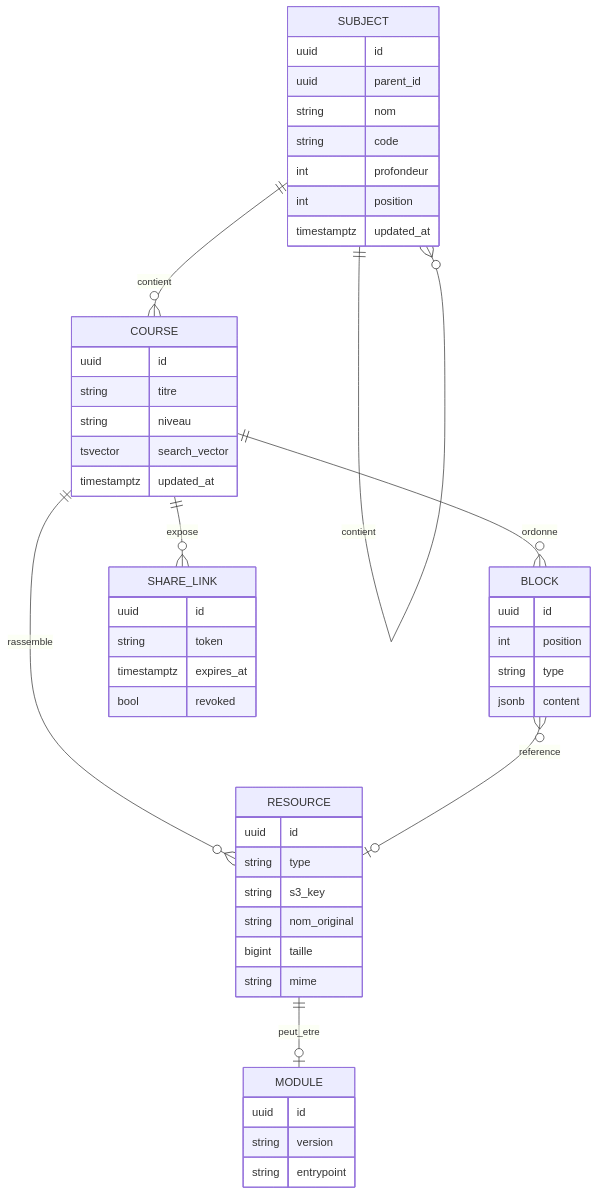
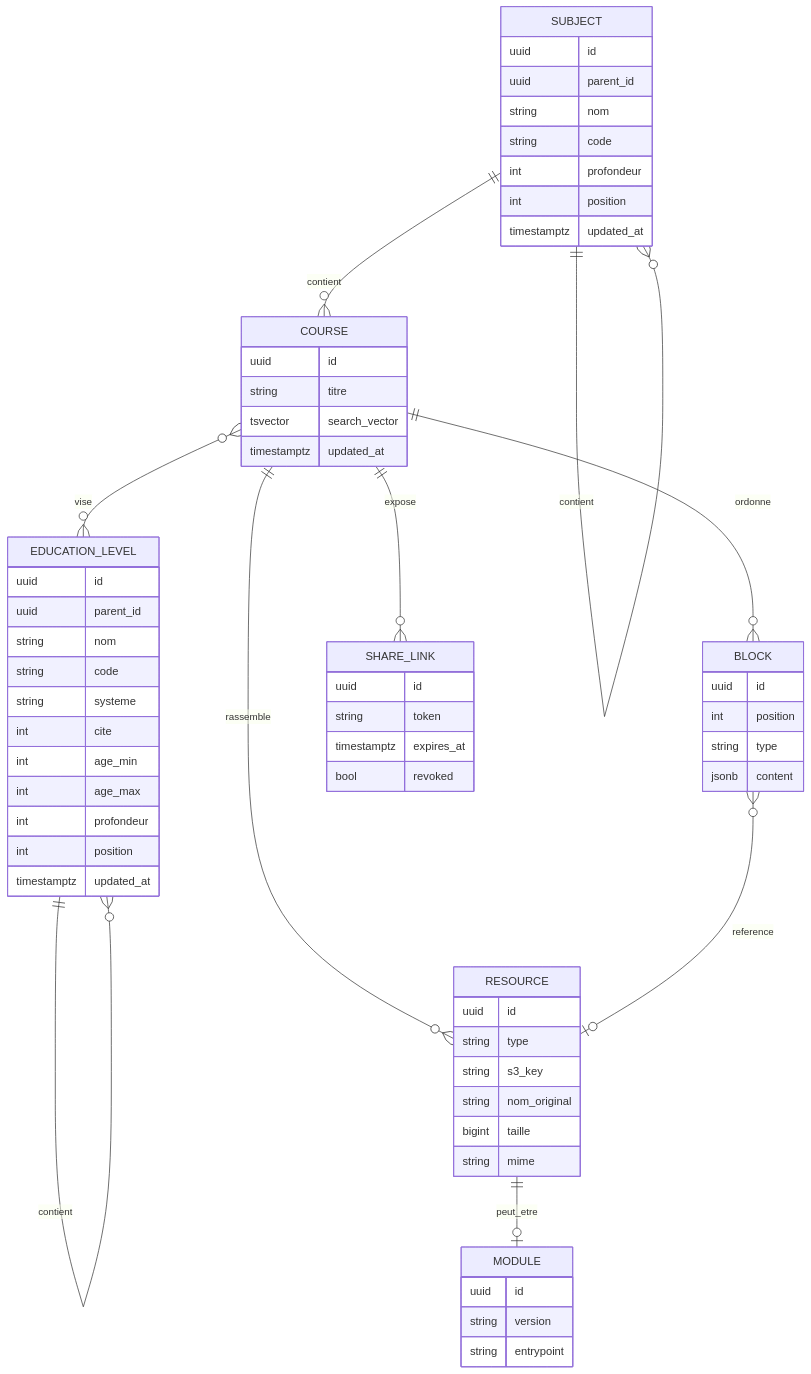
One commit to flobatard/OpenCartableBack changed the second of 2 diagrams in Descriptions.md. Above: the diagram before and after it, drawn with Mermaid. The commit also changed other lines of this file and 13 other files, not shown here.

Commit message:
Adding education level to DB

````diff
--- a/Descriptions.md
+++ b/Descriptions.md
@@ -157,52 +157,66 @@
 ```mermaid
 erDiagram
     SUBJECT ||--o{ SUBJECT : contient
     SUBJECT ||--o{ COURSE : contient
+    EDUCATION_LEVEL ||--o{ EDUCATION_LEVEL : contient
+    COURSE  }o--o{ EDUCATION_LEVEL : vise
     COURSE  ||--o{ BLOCK : ordonne
     COURSE  ||--o{ RESOURCE : rassemble
     BLOCK   }o--o| RESOURCE : reference
     COURSE  ||--o{ SHARE_LINK : expose
     RESOURCE ||--o| MODULE : peut_etre
 
     SUBJECT {
       uuid id
       uuid parent_id
       string nom
       string code
       int profondeur
       int position
       timestamptz updated_at
     }
+    EDUCATION_LEVEL {
+      uuid id
+      uuid parent_id
+      string nom
+      string code
+      string systeme
+      int cite
+      int age_min
+      int age_max
+      int profondeur
+      int position
+      timestamptz updated_at
+    }
     COURSE {
       uuid id
       string titre
-      string niveau
       tsvector search_vector
       timestamptz updated_at
     }
     BLOCK {
       uuid id
       int position
       string type
       jsonb content
     }
     RESOURCE {
       uuid id
       string type
       string s3_key
       string nom_original
       bigint taille
       string mime
     }
     MODULE {
       uuid id
       string version
       string entrypoint
     }
     SHARE_LINK {
       uuid id
       string token
       timestamptz expires_at
       bool revoked
     }
 ```
````
